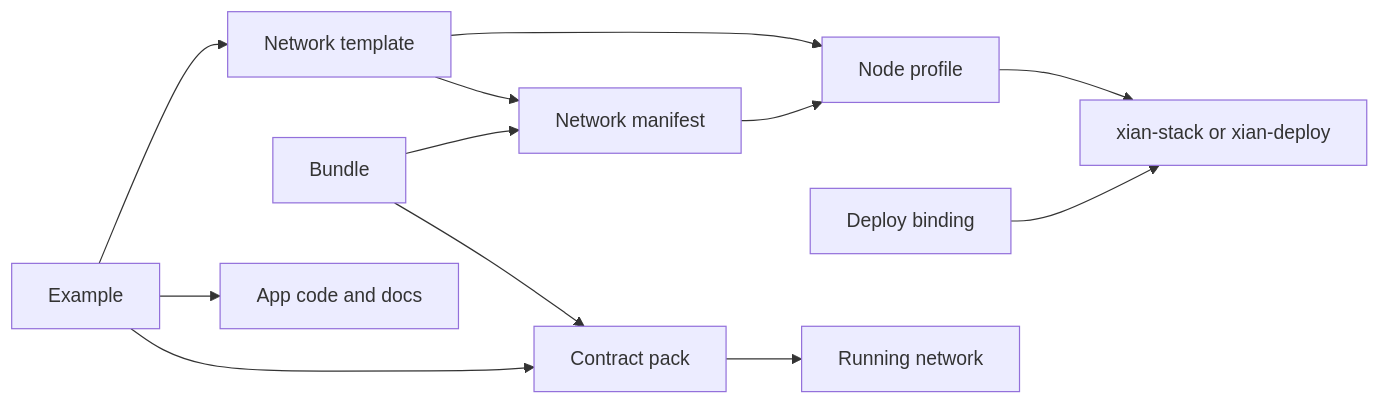
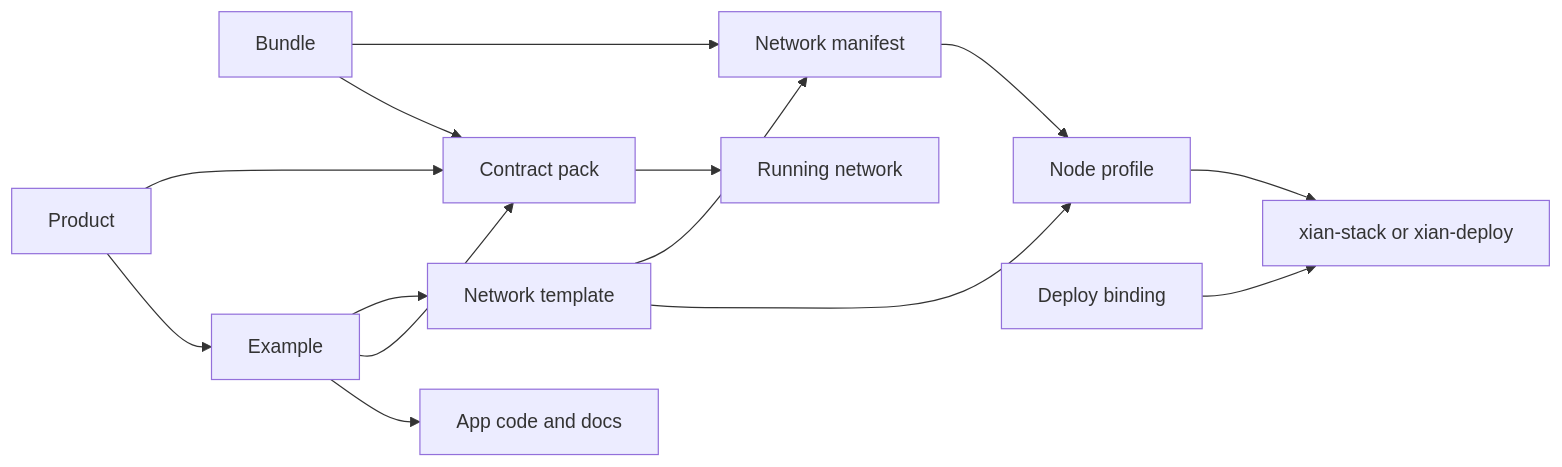
The diagram in node/config-taxonomy.md (xian-technology/xian-docs-web), drawn with Mermaid before and after one commit. The commit also changed other lines of this file and 13 other files, not shown here.

Commit message:
Document product catalog and NFT pack

````diff
--- a/node/config-taxonomy.md
+++ b/node/config-taxonomy.md
@@ -18,14 +19,16 @@
 ```mermaid
 flowchart LR
   Template["Network template"] --> Manifest["Network manifest"]
   Template --> Profile["Node profile"]
   Manifest --> Profile
   Profile --> Runtime["xian-stack or xian-deploy"]
   Binding["Deploy binding"] --> Runtime
   Bundle["Bundle"] --> Manifest
+  Product["Product"] --> ContractPack
+  Product --> Example
   Bundle --> ContractPack["Contract pack"]
   ContractPack --> Running["Running network"]
   Example["Example"] --> Template
   Example --> ContractPack
   Example --> AppCode["App code and docs"]
 ```
````
